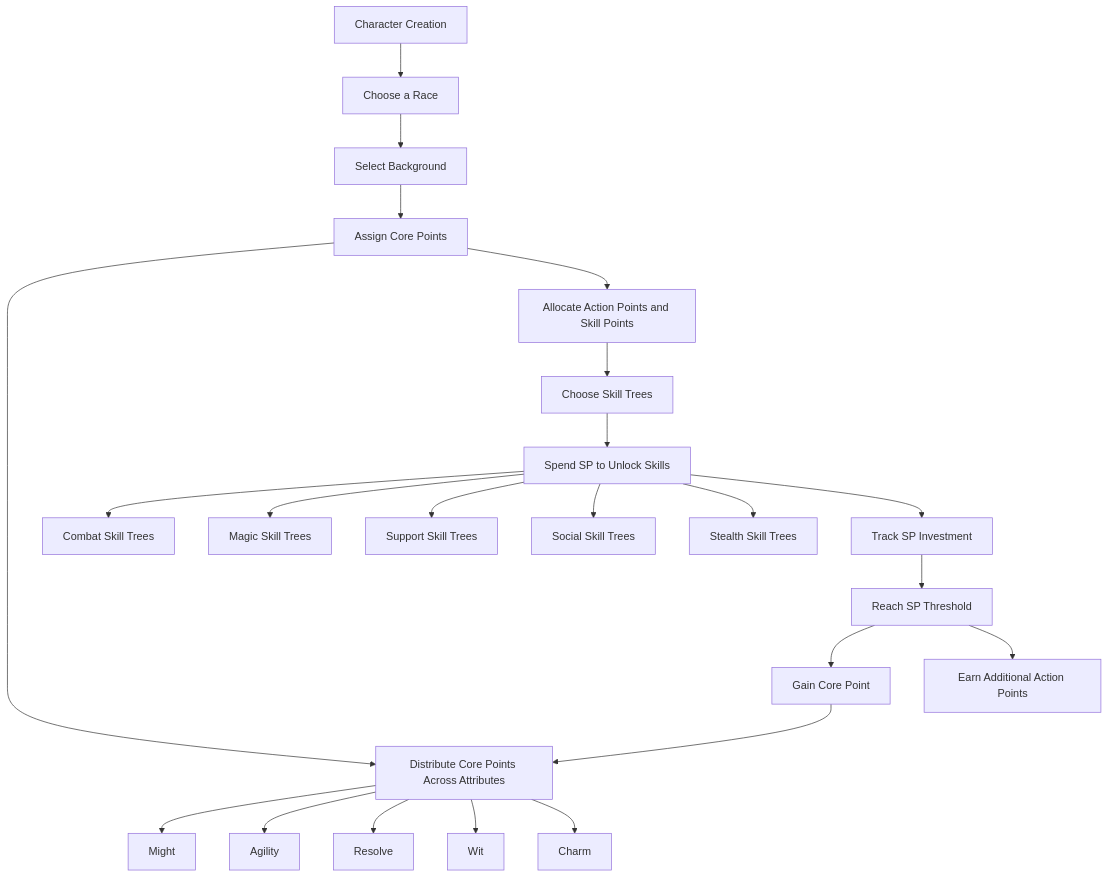
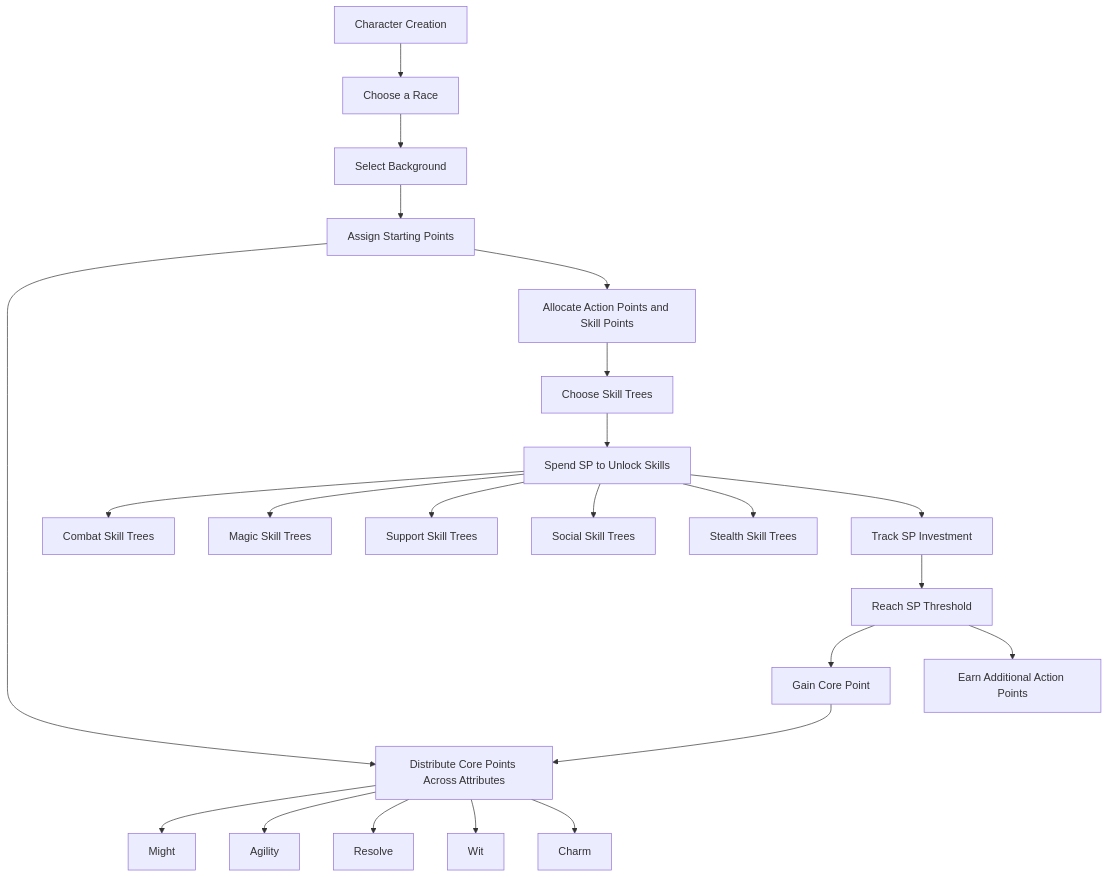
One commit to PJWaters/Shadowforge changed the diagram in character_creation.md. Above: the diagram before and after it, drawn with Mermaid.

Commit message:
remove core point reference

````diff
--- a/character_creation.md
+++ b/character_creation.md
@@ -51,28 +51,28 @@
 ```mermaid
 graph TD;
     A[Character Creation] --> B[Choose a Race];
     B --> C[Select Background];
-    C --> D[Assign Core Points];
+    C --> D[Assign Starting Points];
     D --> E[Distribute Core Points Across Attributes];
     
     E --> F[Might];
     E --> G[Agility];
     E --> H[Resolve];
     E --> I[Wit];
     E --> J[Charm];
 
     D --> K[Allocate Action Points and Skill Points];
     K --> L[Choose Skill Trees];
     L --> M[Spend SP to Unlock Skills];
     M --> N[Combat Skill Trees];
     M --> O[Magic Skill Trees];
     M --> P[Support Skill Trees];
     M --> Q[Social Skill Trees];
     M --> R[Stealth Skill Trees];
 
     M --> S[Track SP Investment];
     S --> T[Reach SP Threshold];
     T --> U[Gain Core Point];
     T --> V[Earn Additional Action Points];
     U --> E;
 ```
````
